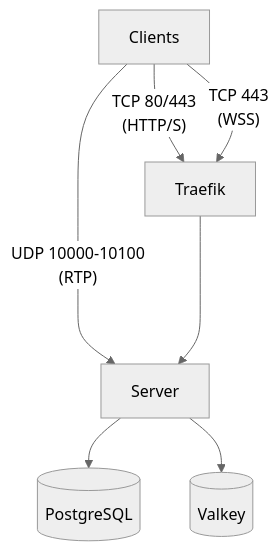
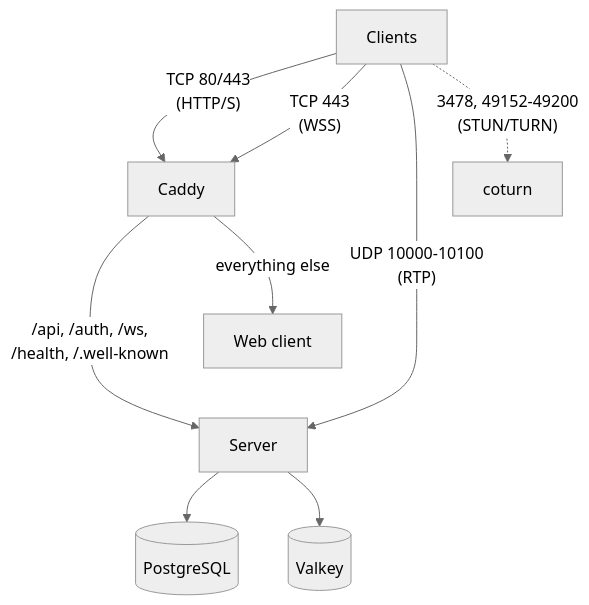
The diagram in docs/admin-guide/ops/deployment.md (Detair/kaiku), drawn with Mermaid (neutral theme) before and after one commit. The commit also changed other lines of this file, not shown here.

````diff
--- a/docs/admin-guide/ops/deployment.md
+++ b/docs/admin-guide/ops/deployment.md
@@ -288,13 +349,15 @@
 ```mermaid
 flowchart TD
     Clients[Clients]
 
-    Clients -- "TCP 80/443\n(HTTP/S)" --> Traefik
-    Clients -- "TCP 443\n(WSS)" --> Traefik
+    Clients -- "TCP 80/443\n(HTTP/S)" --> Caddy
+    Clients -- "TCP 443\n(WSS)" --> Caddy
     Clients -- "UDP 10000-10100\n(RTP)" ----> Server
+    Clients -. "3478, 49152-49200\n(STUN/TURN)" .-> Coturn[coturn]
 
-    Traefik[Traefik] --> Server[Server]
+    Caddy[Caddy] -- "/api, /auth, /ws,\n/health, /.well-known" --> Server[Server]
+    Caddy -- "everything else" --> Web[Web client]
 
     Server --> PostgreSQL[(PostgreSQL)]
     Server --> Valkey[(Valkey)]
 ```
````
